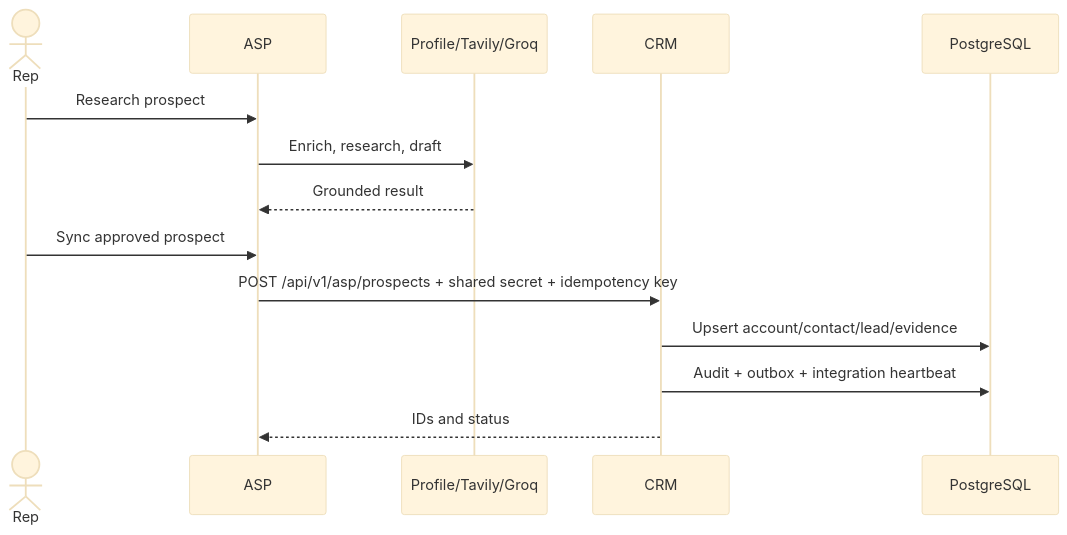
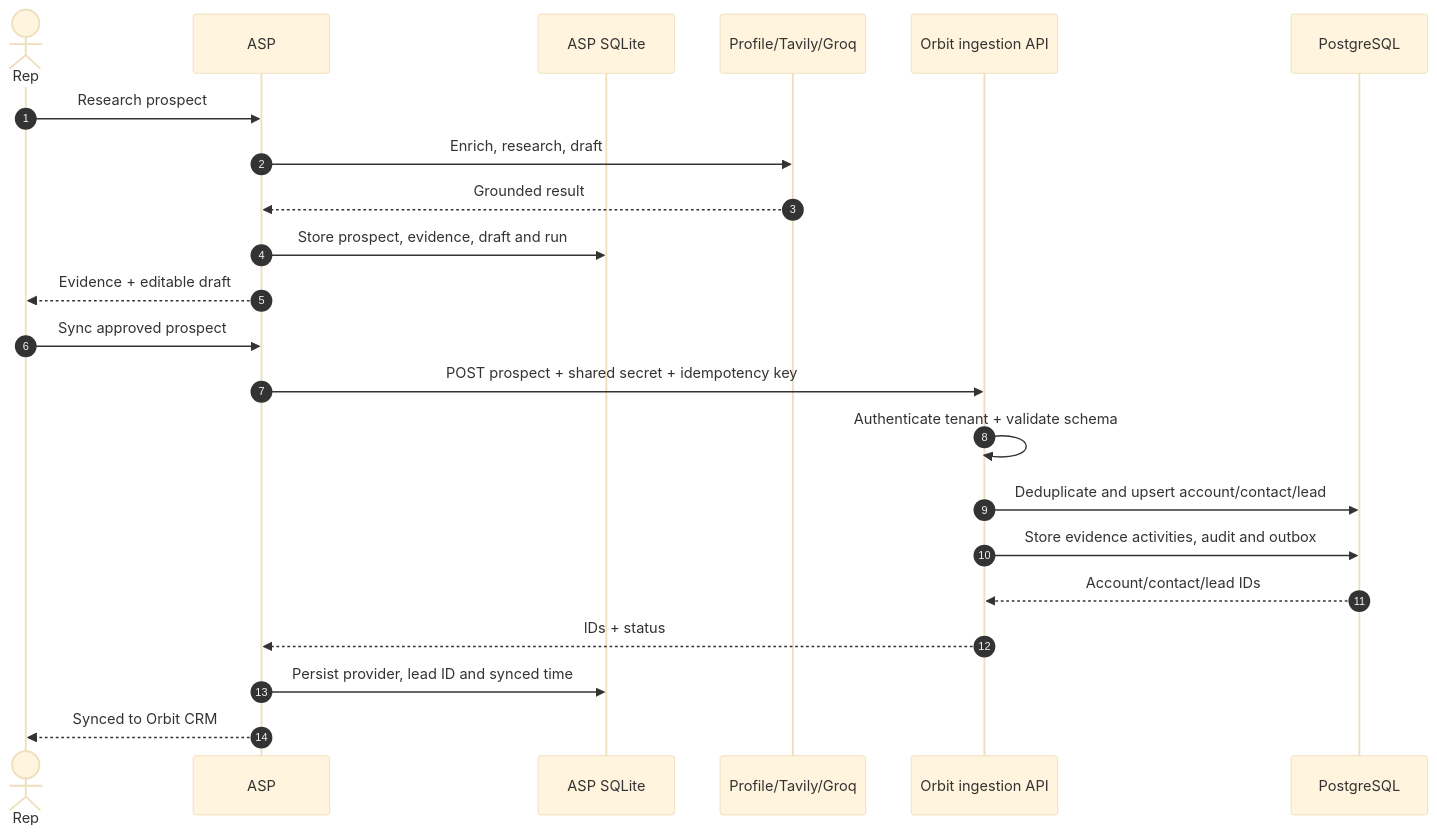
One commit to HamzaAhmedKhan786/agentic-hybrid-crm changed the first of 3 diagrams in docs/flows.md. Above: the diagram before and after it, drawn with Mermaid (base theme). The commit also changed other lines of this file and 2 other files, not shown here.

Commit message:
Document ASP integration and add product screenshot

````diff
--- a/docs/flows.md
+++ b/docs/flows.md
@@ -5,16 +5,24 @@
 ```mermaid
 sequenceDiagram
+  autonumber
   actor Rep
   participant ASP
+  participant ASPDB as ASP SQLite
   participant Providers as Profile/Tavily/Groq
-  participant CRM
+  participant Bridge as Orbit ingestion API
   participant DB as PostgreSQL
   Rep->>ASP: Research prospect
   ASP->>Providers: Enrich, research, draft
   Providers-->>ASP: Grounded result
+  ASP->>ASPDB: Store prospect, evidence, draft and run
+  ASP-->>Rep: Evidence + editable draft
   Rep->>ASP: Sync approved prospect
-  ASP->>CRM: POST /api/v1/asp/prospects + shared secret + idempotency key
-  CRM->>DB: Upsert account/contact/lead/evidence
-  CRM->>DB: Audit + outbox + integration heartbeat
-  CRM-->>ASP: IDs and status
+  ASP->>Bridge: POST prospect + shared secret + idempotency key
+  Bridge->>Bridge: Authenticate tenant + validate schema
+  Bridge->>DB: Deduplicate and upsert account/contact/lead
+  Bridge->>DB: Store evidence activities, audit and outbox
+  DB-->>Bridge: Account/contact/lead IDs
+  Bridge-->>ASP: IDs + status
+  ASP->>ASPDB: Persist provider, lead ID and synced time
+  ASP-->>Rep: Synced to Orbit CRM
 ```
````
